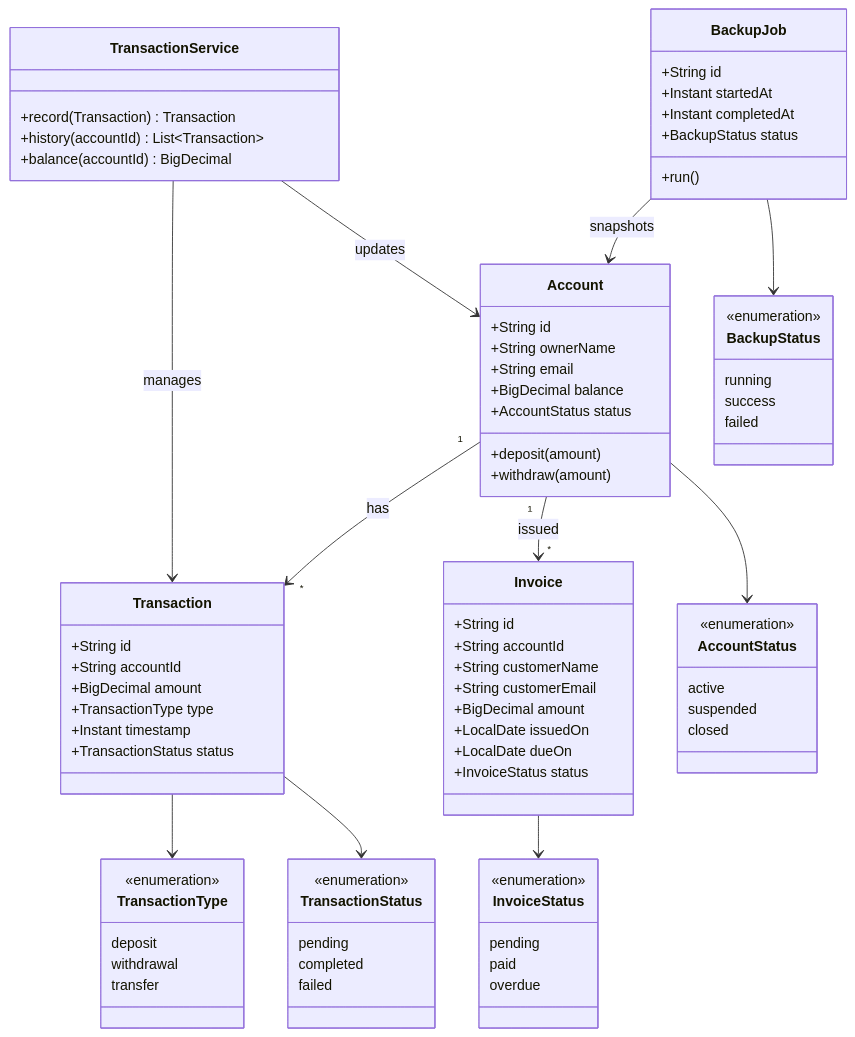
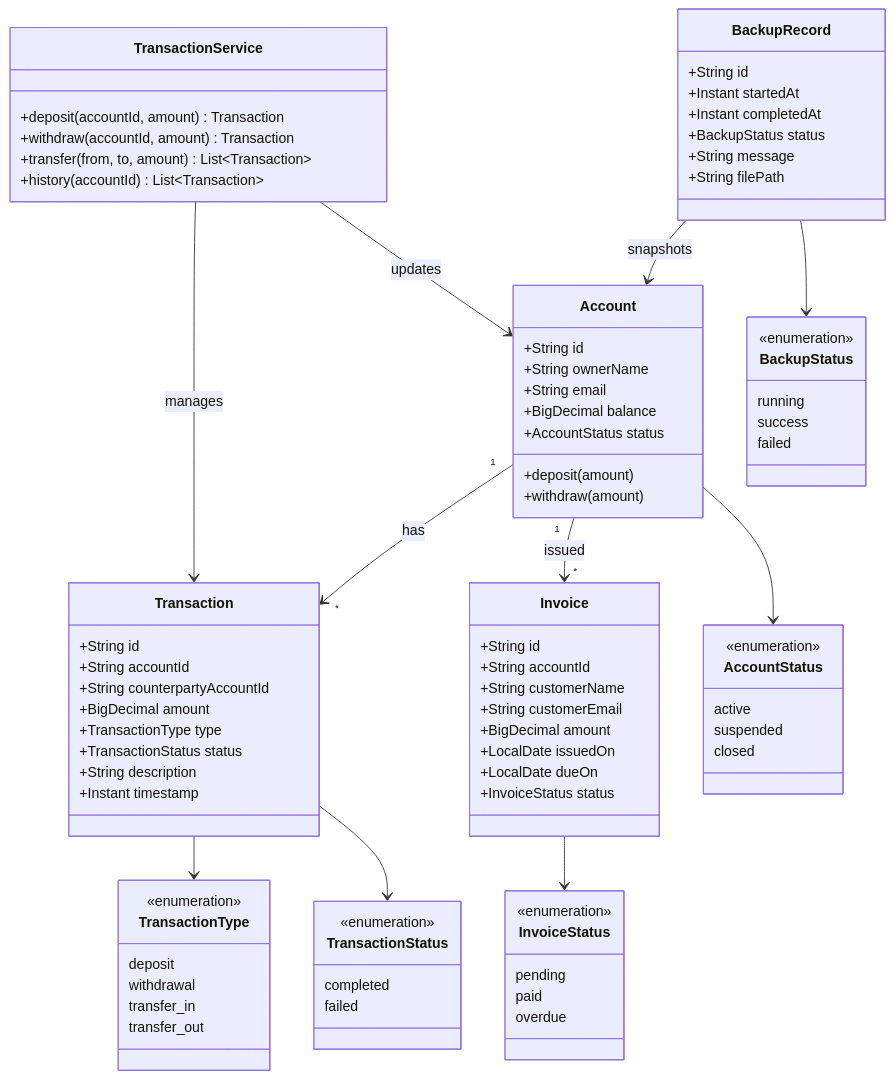
One commit to ogc16/fina changed the third of 5 diagrams in README.md. Above: the diagram before and after it, drawn with Mermaid. The commit also changed other lines of this file and 52 other files, not shown here.

````diff
--- a/README.md
+++ b/README.md
@@ -174,10 +260,12 @@
     class Transaction {
         +String id
         +String accountId
+        +String counterpartyAccountId
         +BigDecimal amount
         +TransactionType type
+        +TransactionStatus status
+        +String description
         +Instant timestamp
-        +TransactionStatus status
     }
 
     class Invoice {
@@ -191,18 +279,20 @@
         +InvoiceStatus status
     }
 
-    class BackupJob {
+    class BackupRecord {
         +String id
         +Instant startedAt
         +Instant completedAt
         +BackupStatus status
-        +run()
+        +String message
+        +String filePath
     }
 
     class TransactionService {
-        +record(Transaction) Transaction
+        +deposit(accountId, amount) Transaction
+        +withdraw(accountId, amount) Transaction
+        +transfer(from, to, amount) List~Transaction~
         +history(accountId) List~Transaction~
-        +balance(accountId) BigDecimal
     }
 
     class AccountStatus {
@@ -216,12 +306,12 @@
         <<enumeration>>
         deposit
         withdrawal
-        transfer
+        transfer_in
+        transfer_out
     }
 
     class TransactionStatus {
         <<enumeration>>
-        pending
         completed
         failed
     }
@@ -244,10 +334,10 @@
     Account "1" --> "*" Invoice : issued
     TransactionService --> Transaction : manages
     TransactionService --> Account : updates
-    BackupJob --> Account : snapshots
+    BackupRecord --> Account : snapshots
     Account --> AccountStatus
     Transaction --> TransactionType
     Transaction --> TransactionStatus
     Invoice --> InvoiceStatus
-    BackupJob --> BackupStatus
+    BackupRecord --> BackupStatus
 ```
````
